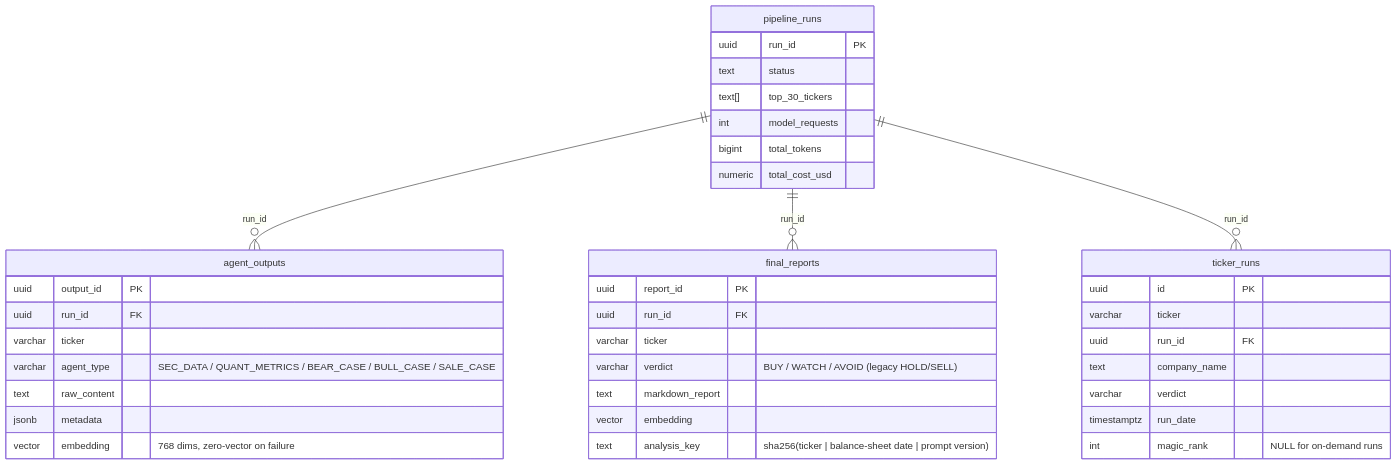
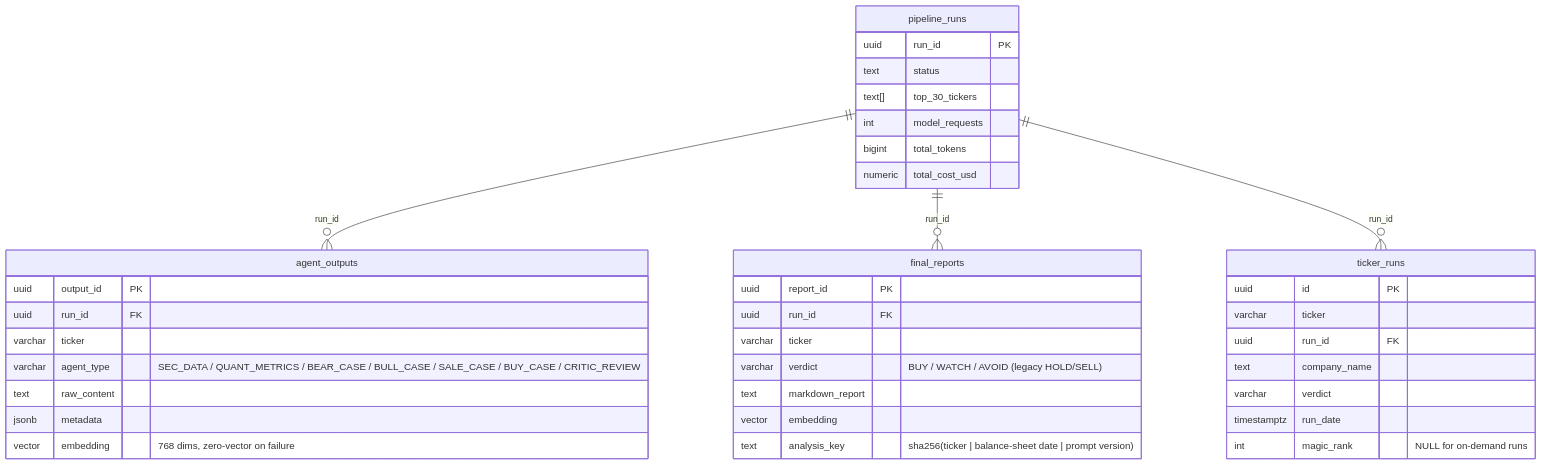
The fourth of 6 diagrams in src/specs/agent_architecture.md (sun4github/magic-stock-picker), drawn with Mermaid before and after one commit. The commit also changed other lines of this file and 29 other files, not shown here.

Commit message:
buy-case added. live price added. updated critic-review to not flag live data discrepancy

````diff
--- a/src/specs/agent_architecture.md
+++ b/src/specs/agent_architecture.md
@@ -628,42 +766,42 @@
 ```mermaid
 erDiagram
     pipeline_runs ||--o{ agent_outputs : "run_id"
     pipeline_runs ||--o{ final_reports : "run_id"
     pipeline_runs ||--o{ ticker_runs : "run_id"
 
     pipeline_runs {
         uuid run_id PK
         text status
         text[] top_30_tickers
         int model_requests
         bigint total_tokens
         numeric total_cost_usd
     }
     agent_outputs {
         uuid output_id PK
         uuid run_id FK
         varchar ticker
-        varchar agent_type "SEC_DATA / QUANT_METRICS / BEAR_CASE / BULL_CASE / SALE_CASE"
+        varchar agent_type "SEC_DATA / QUANT_METRICS / BEAR_CASE / BULL_CASE / SALE_CASE / BUY_CASE / CRITIC_REVIEW"
         text raw_content
         jsonb metadata
         vector embedding "768 dims, zero-vector on failure"
     }
     final_reports {
         uuid report_id PK
         uuid run_id FK
         varchar ticker
         varchar verdict "BUY / WATCH / AVOID (legacy HOLD/SELL)"
         text markdown_report
         vector embedding
         text analysis_key "sha256(ticker | balance-sheet date | prompt version)"
     }
     ticker_runs {
         uuid id PK
         varchar ticker
         uuid run_id FK
         text company_name
         varchar verdict
         timestamptz run_date
         int magic_rank "NULL for on-demand runs"
     }
 ```
````
